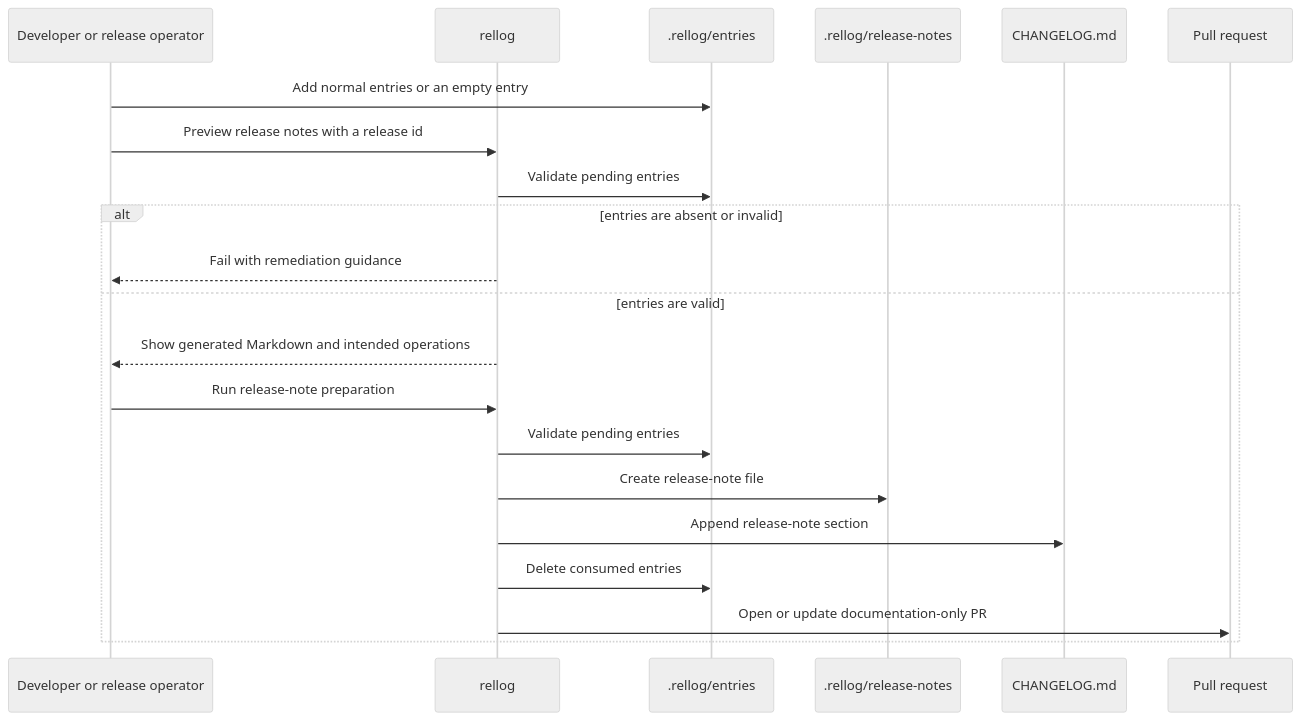
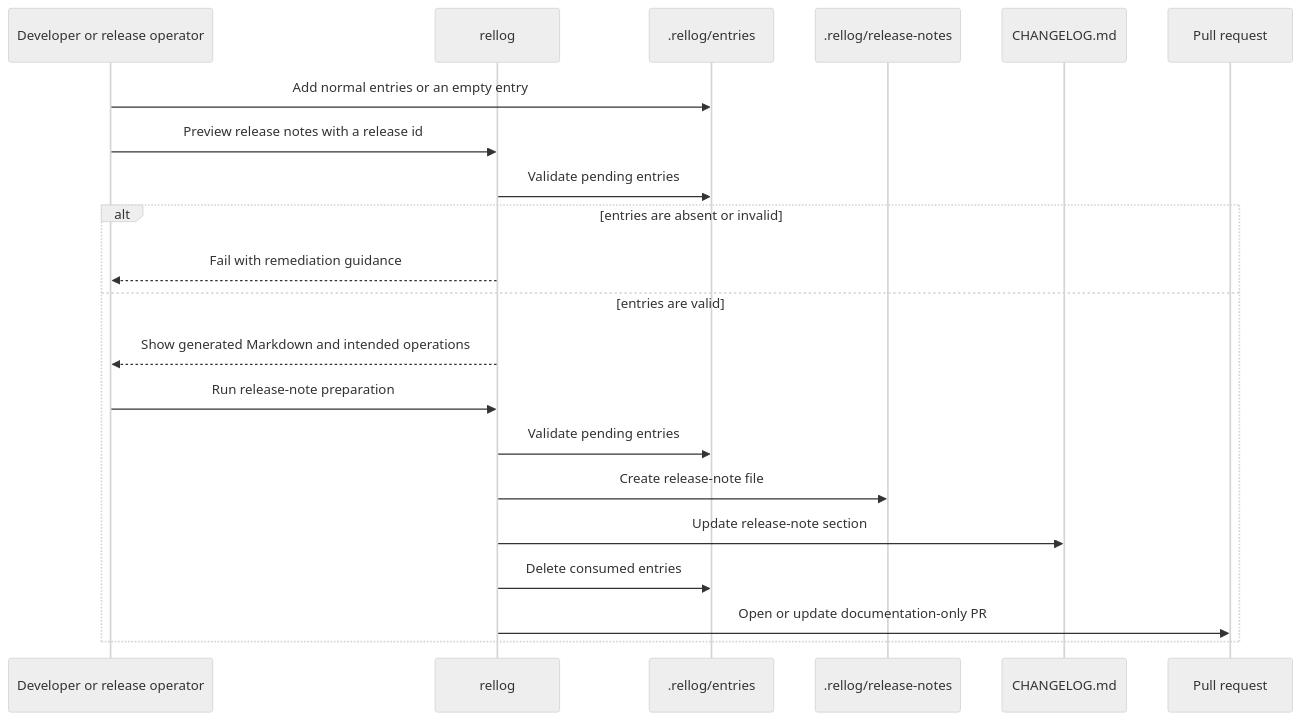
One commit to tooppoo/rellog changed the fourth of 4 diagrams in docs/workflow.md. Above: the diagram before and after it, drawn with Mermaid (neutral theme). The commit also changed other lines of this file and 20 other files, not shown here.

````diff
--- a/docs/workflow.md
+++ b/docs/workflow.md
@@ -136,24 +136,24 @@
 ```mermaid
 sequenceDiagram
   participant Dev as Developer or release operator
   participant R as rellog
   participant E as .rellog/entries
   participant N as .rellog/release-notes
   participant C as CHANGELOG.md
   participant PR as Pull request
 
   Dev->>E: Add normal entries or an empty entry
   Dev->>R: Preview release notes with a release id
   R->>E: Validate pending entries
   alt entries are absent or invalid
     R-->>Dev: Fail with remediation guidance
   else entries are valid
     R-->>Dev: Show generated Markdown and intended operations
     Dev->>R: Run release-note preparation
     R->>E: Validate pending entries
     R->>N: Create release-note file
-    R->>C: Append release-note section
+    R->>C: Update release-note section
     R->>E: Delete consumed entries
     R->>PR: Open or update documentation-only PR
   end
 ```
````
